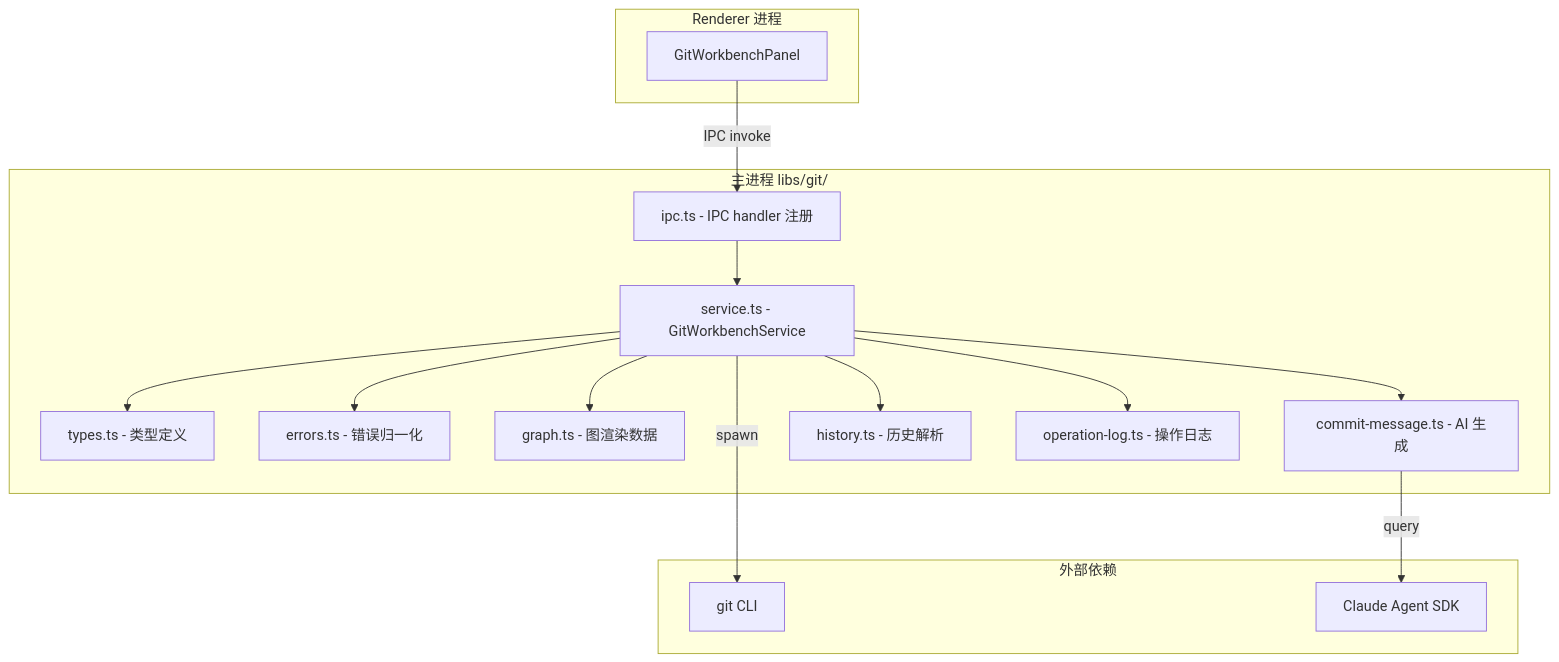
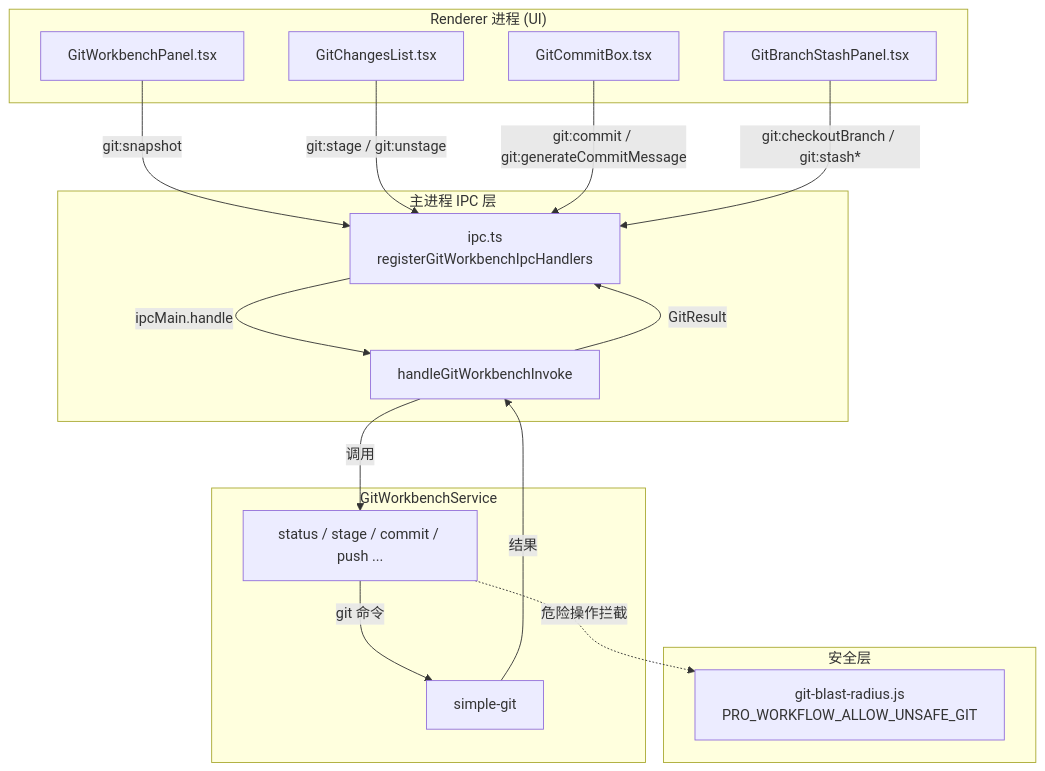
Before and after one commit to lst016/tech-cc-hub: the diagram in .tech/repowiki/zh/content/核心模块规格/Git 工作台总览.md, drawn with Mermaid. The commit also changed other lines of this file and 195 other files, not shown here.

````diff
--- a/.tech/repowiki/zh/content/核心模块规格/Git 工作台总览.md
+++ b/.tech/repowiki/zh/content/核心模块规格/Git 工作台总览.md
@@ -55,33 +133,36 @@
 ```mermaid
-flowchart TD
-    subgraph Renderer["Renderer 进程"]
-        UI[GitWorkbenchPanel]
+flowchart TB
+    subgraph Renderer["Renderer 进程 (UI)"]
+        A[GitWorkbenchPanel.tsx]
+        B[GitChangesList.tsx]
+        C[GitCommitBox.tsx]
+        D[GitBranchStashPanel.tsx]
     end
 
-    subgraph Main["主进程 libs/git/"]
-        IPC[ipc.ts - IPC handler 注册]
-        Service[service.ts - GitWorkbenchService]
-        Types[types.ts - 类型定义]
-        Errors[errors.ts - 错误归一化]
-        Graph[graph.ts - 图渲染数据]
-        CommitMsg[commit-message.ts - AI 生成]
-        History[history.ts - 历史解析]
-        OpLog[operation-log.ts - 操作日志]
+    subgraph Main["主进程 IPC 层"]
+        E["ipc.ts<br/>registerGitWorkbenchIpcHandlers"]
+        F["handleGitWorkbenchInvoke"]
     end
 
-    subgraph External["外部依赖"]
-        GitCLI[git CLI]
-        ClaudeSDK[Claude Agent SDK]
+    subgraph Service["GitWorkbenchService"]
+        G["status / stage / commit / push ..."]
+        H["simple-git"]
     end
 
-    UI -->|IPC invoke| IPC
-    IPC --> Service
-    Service --> Types
-    Service --> Errors
-    Service --> Graph
-    Service --> CommitMsg
-    Service --> History
-    Service --> OpLog
-    Service -->|spawn| GitCLI
-    CommitMsg -->|query| ClaudeSDK
+    subgraph Safety["安全层"]
+        I["git-blast-radius.js<br/>PRO_WORKFLOW_ALLOW_UNSAFE_GIT"]
+    end
+
+    A -->|git:snapshot| E
+    B -->|git:stage / git:unstage| E
+    C -->|git:commit / git:generateCommitMessage| E
+    D -->|git:checkoutBranch / git:stash*| E
+
+    E -->|ipcMain.handle| F
+    F -->|调用| G
+    G -->|git 命令| H
+    H -->|结果| F
+    F -->|GitResult| E
+
+    G -.->|危险操作拦截| I
 ```
````
